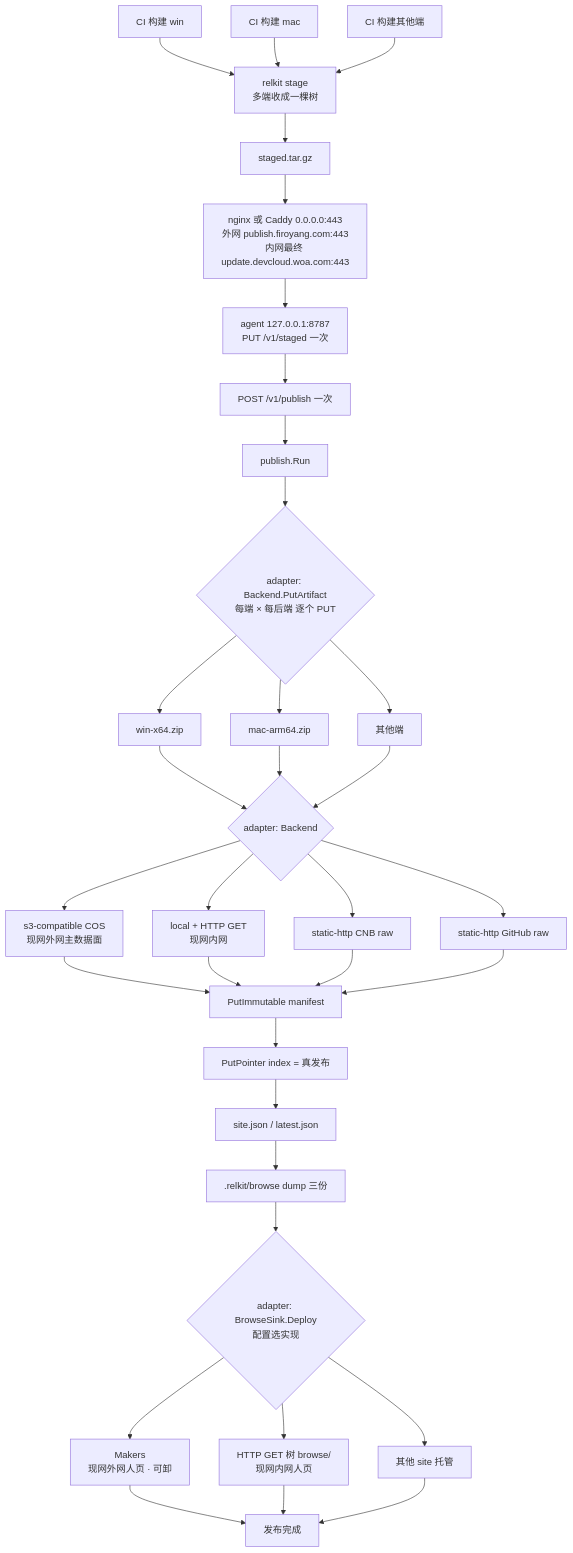
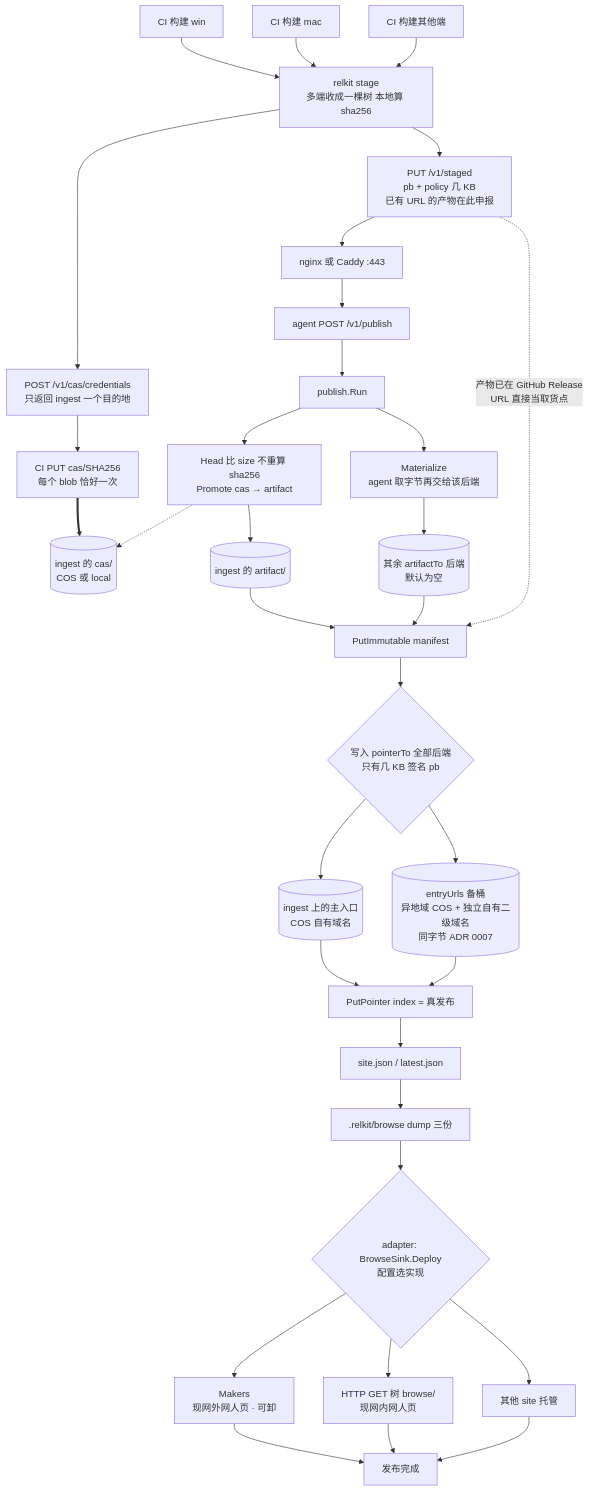
The first of 2 diagrams in docs/design/publish-topology.md (shichao402/relkit), drawn with Mermaid before and after one commit. The commit also changed other lines of this file and 33 other files, not shown here.

````diff
--- a/docs/design/publish-topology.md
+++ b/docs/design/publish-topology.md
@@ -38,44 +39,45 @@
 ```mermaid
 flowchart TB
   win["CI 构建 win"] --> stage
   mac["CI 构建 mac"] --> stage
   apk["CI 构建其他端"] --> stage
+  stage["relkit stage<br/>多端收成一棵树 本地算 sha256"]
 
-  stage["relkit stage<br/>多端收成一棵树"] --> pack["staged.tar.gz"]
-  pack --> ngx["nginx 或 Caddy 0.0.0.0:443<br/>外网 publish.firoyang.com:443<br/>内网最终 update.devcloud.woa.com:443"]
-  ngx --> putStaged["agent 127.0.0.1:8787<br/>PUT /v1/staged 一次"]
-  putStaged --> postPub["POST /v1/publish 一次"]
+  stage --> tok["POST /v1/cas/credentials<br/>只返回 ingest 一个目的地"]
+  tok --> casPut["CI PUT cas/SHA256<br/>每个 blob 恰好一次"]
+  stage --> stagedMeta["PUT /v1/staged<br/>pb + policy 几 KB<br/>已有 URL 的产物在此申报"]
+
+  casPut ==> ingestCas[("ingest 的 cas/<br/>COS 或 local")]
+  stagedMeta --> ngx["nginx 或 Caddy :443"]
+  ngx --> postPub["agent POST /v1/publish"]
   postPub --> run["publish.Run"]
 
-  run --> arts{"adapter: Backend.PutArtifact<br/>每端 × 每后端 逐个 PUT"}
-  arts --> a1["win-x64.zip"]
-  arts --> a2["mac-arm64.zip"]
-  arts --> a3["其他端"]
-  a1 --> backends
-  a2 --> backends
-  a3 --> backends
+  run --> promote["Head 比 size 不重算 sha256<br/>Promote cas → artifact"]
+  promote -.-> ingestCas
+  promote --> artIngest[("ingest 的 artifact/")]
+  run --> mat["Materialize<br/>agent 取字节再交给该后端"]
+  mat --> artOther[("其余 artifactTo 后端<br/>默认为空")]
 
-  backends{"adapter: Backend"} --> cos["s3-compatible COS<br/>现网外网主数据面"]
-  backends --> httpLocal["local + HTTP GET<br/>现网内网"]
-  backends --> cnb["static-http CNB raw"]
-  backends --> gh["static-http GitHub raw"]
+  artIngest --> man["PutImmutable manifest"]
+  artOther --> man
+  stagedMeta -.->|"产物已在 GitHub Release<br/>URL 直接当取货点"| man
 
-  cos --> man["PutImmutable manifest"]
-  httpLocal --> man
-  cnb --> man
-  gh --> man
+  man --> ptrFan{"写入 pointerTo 全部后端<br/>只有几 KB 签名 pb"}
+  ptrFan --> pIngest[("ingest 上的主入口<br/>COS 自有域名")]
+  ptrFan --> pMirror[("entryUrls 备桶<br/>异地域 COS + 独立自有二级域名<br/>同字节 ADR 0007")]
 
-  man --> idx["PutPointer index = 真发布"]
+  pIngest --> idx["PutPointer index = 真发布"]
+  pMirror --> idx
   idx --> meta["site.json / latest.json"]
   meta --> dump[".relkit/browse dump 三份"]
 
   dump --> sink{"adapter: BrowseSink.Deploy<br/>配置选实现"}
 
   sink --> makers["Makers<br/>现网外网人页 · 可卸"]
   sink --> tree["HTTP GET 树 browse/<br/>现网内网人页"]
   sink --> other["其他 site 托管"]
 
   makers --> done["发布完成"]
   tree --> done
   other --> done
 ```
````
